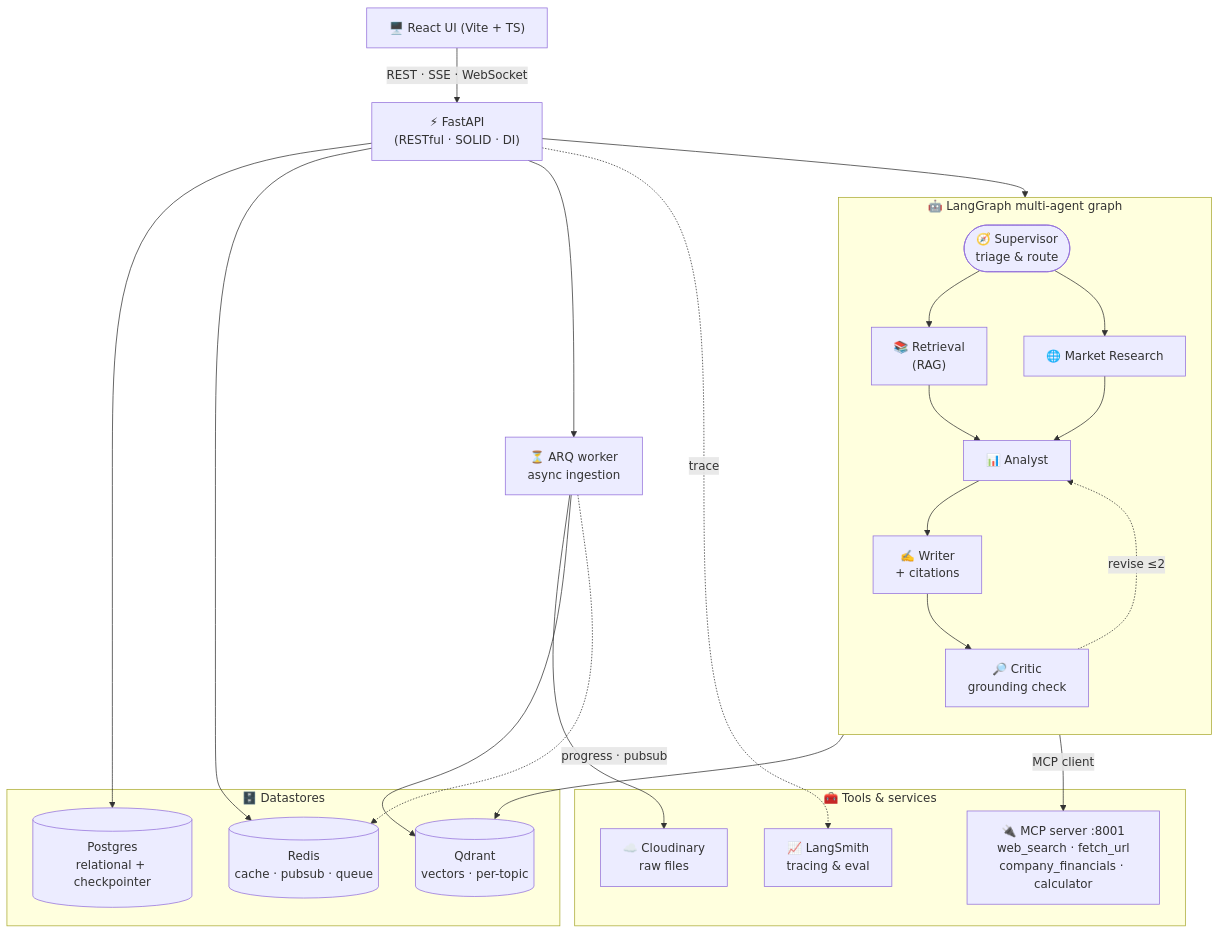
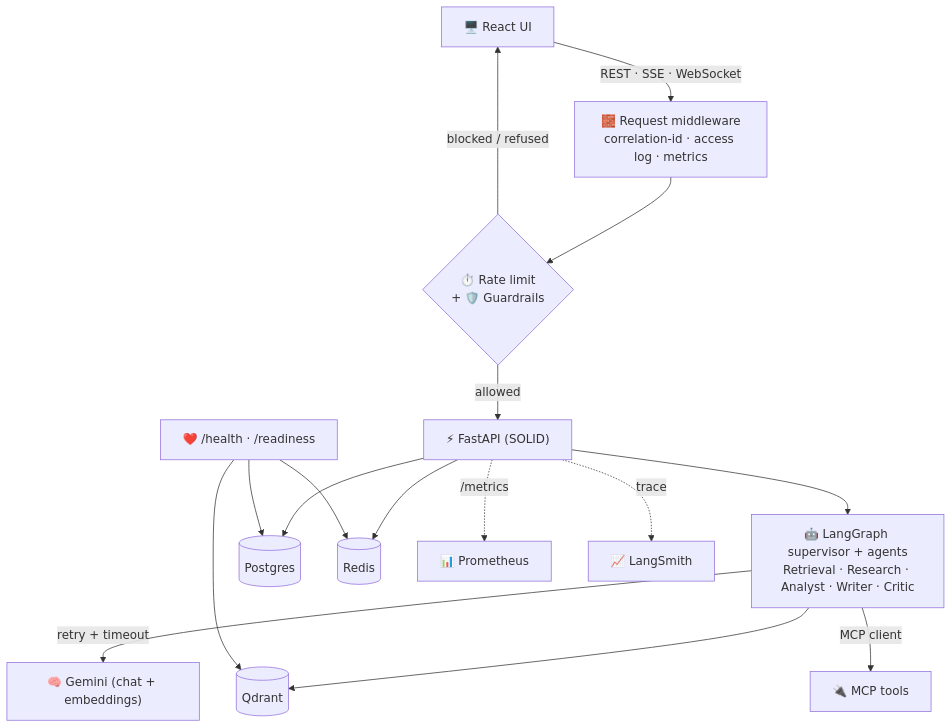
Before and after one commit to phanminhtai23/finsight-agentic-production: the diagram in PUBLICATION.md, drawn with Mermaid. The commit also changed other lines of this file and 4 other files, not shown here.

````diff
--- a/PUBLICATION.md
+++ b/PUBLICATION.md
@@ -44,40 +76,18 @@
 ```mermaid
 flowchart TD
-    U["🖥️ React UI (Vite + TS)"] -->|"REST · SSE · WebSocket"| API["⚡ FastAPI<br/>(RESTful · SOLID · DI)"]
+    U["🖥️ React UI"] -->|"REST · SSE · WebSocket"| MW["🧱 Request middleware<br/>correlation-id · access log · metrics"]
+    MW --> RL{"⏱️ Rate limit<br/>+ 🛡️ Guardrails"}
+    RL -->|"allowed"| API["⚡ FastAPI (SOLID)"]
+    RL -->|"blocked / refused"| U
 
-    subgraph AGENTS["🤖 LangGraph multi-agent graph"]
-        direction TB
-        SUP(["🧭 Supervisor<br/>triage &amp; route"])
-        RET["📚 Retrieval<br/>(RAG)"]
-        MR["🌐 Market Research"]
-        AN["📊 Analyst"]
-        WR["✍️ Writer<br/>+ citations"]
-        CR["🔎 Critic<br/>grounding check"]
-        SUP --> RET --> AN --> WR --> CR
-        SUP --> MR --> AN
-        CR -.->|"revise ≤2"| AN
-    end
-    API --> SUP
+    API --> SUP["🤖 LangGraph supervisor + agents<br/>Retrieval · Research · Analyst · Writer · Critic"]
+    SUP -->|"retry + timeout"| LLM["🧠 Gemini (chat + embeddings)"]
+    SUP --> QD[("Qdrant")]
+    SUP -->|"MCP client"| MCP["🔌 MCP tools"]
 
-    subgraph DATA["🗄️ Datastores"]
-        QD[("Qdrant<br/>vectors · per-topic")]
-        PG[("Postgres<br/>relational + checkpointer")]
-        RD[("Redis<br/>cache · pubsub · queue")]
-    end
-
-    subgraph EXT["🧰 Tools &amp; services"]
-        MCP["🔌 MCP server :8001<br/>web_search · fetch_url<br/>company_financials · calculator"]
-        CL["☁️ Cloudinary<br/>raw files"]
-        LS["📈 LangSmith<br/>tracing &amp; eval"]
-    end
-
-    RET --> QD
-    MR -->|"MCP client"| MCP
-    API --> PG
-    API --> RD
-    API --> WK["⏳ ARQ worker<br/>async ingestion"]
-    WK --> CL
-    WK --> QD
-    WK -.->|"progress · pubsub"| RD
-    API -.->|"trace"| LS
+    API --> PG[("Postgres")]
+    API --> RD[("Redis")]
+    API -.->|"/metrics"| PROM["📊 Prometheus"]
+    API -.->|"trace"| LS["📈 LangSmith"]
+    HC["❤️ /health · /readiness"] --> PG & RD & QD
 ```
````
